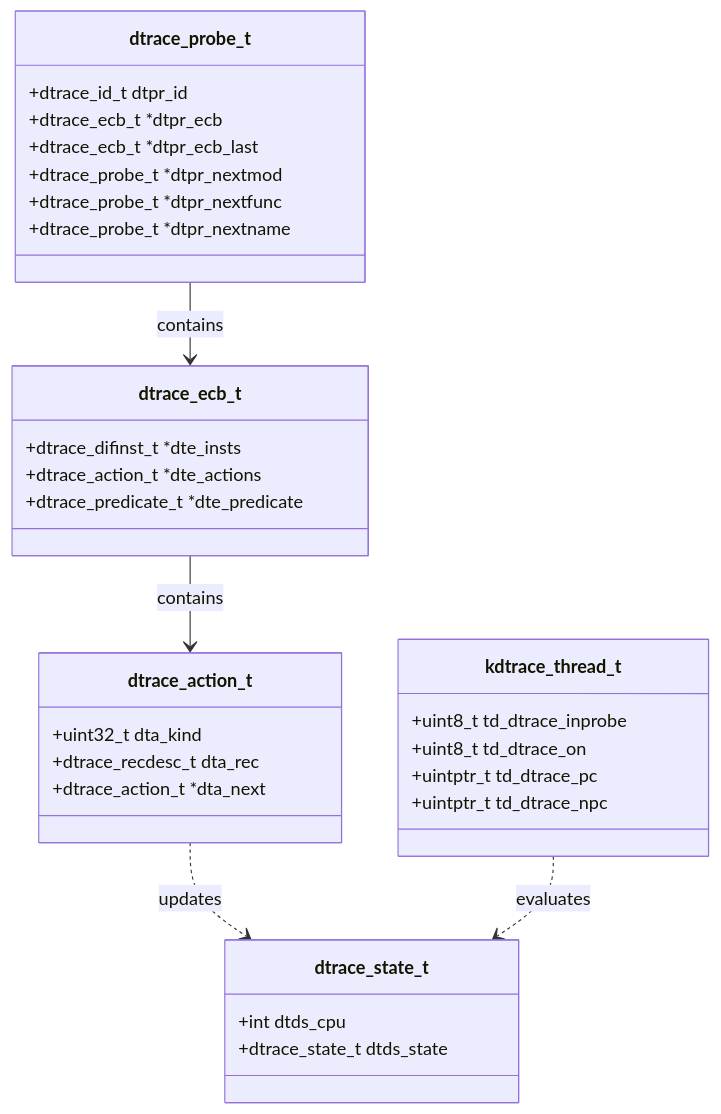
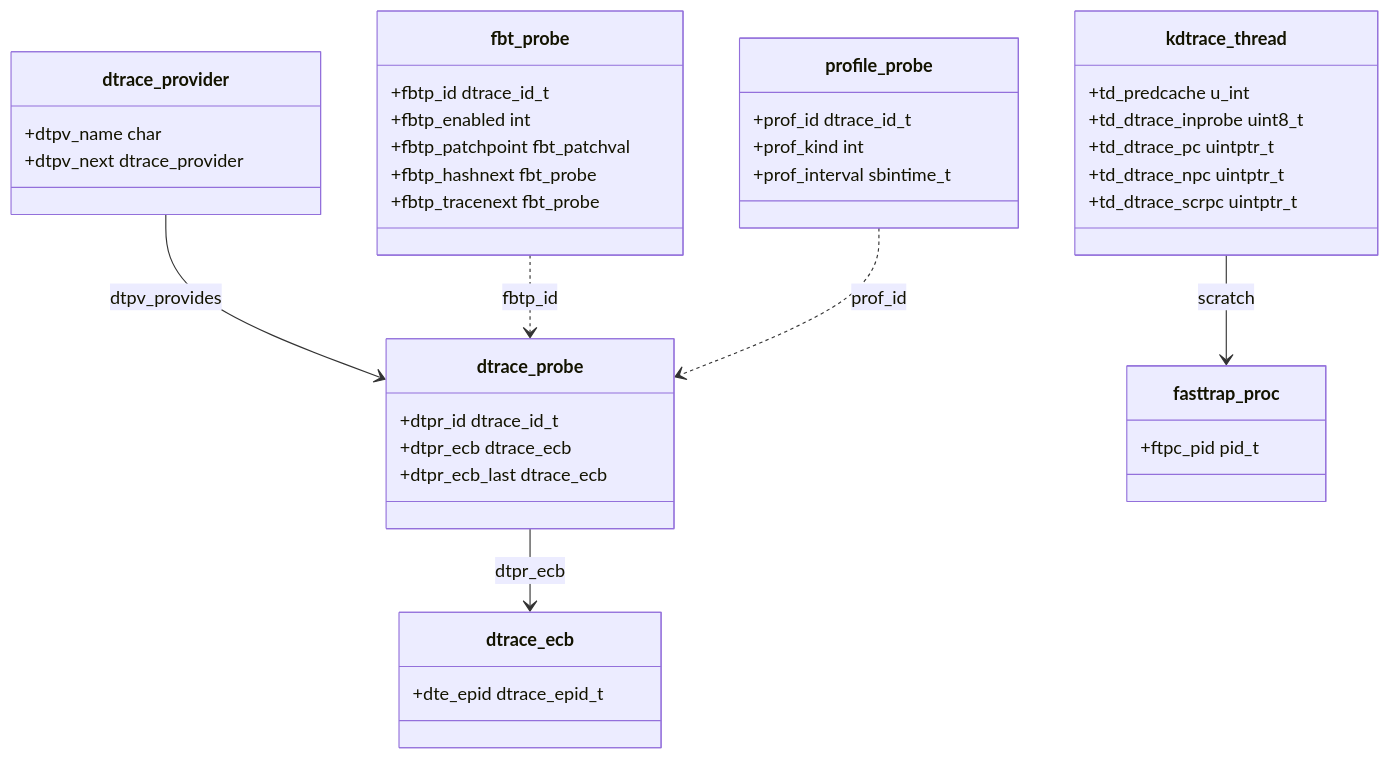
One commit to ocochard/freebsd-src changed the diagram in sys/cddl/dev/dtrace/README.md. Above: the diagram before and after it, drawn with Mermaid. The commit also changed other lines of this file and 40 other files, not shown here.

````diff
--- a/sys/cddl/dev/dtrace/README.md
+++ b/sys/cddl/dev/dtrace/README.md
@@ -111,40 +361,42 @@
 ```mermaid
 classDiagram
-    class dtrace_probe_t {
-        +dtrace_id_t dtpr_id
-        +dtrace_ecb_t *dtpr_ecb
-        +dtrace_ecb_t *dtpr_ecb_last
-        +dtrace_probe_t *dtpr_nextmod
-        +dtrace_probe_t *dtpr_nextfunc
-        +dtrace_probe_t *dtpr_nextname
-    }
-
-    class dtrace_ecb_t {
-        +dtrace_difinst_t *dte_insts
-        +dtrace_action_t *dte_actions
-        +dtrace_predicate_t *dte_predicate
-    }
-
-    class dtrace_action_t {
-        +uint32_t dta_kind
-        +dtrace_recdesc_t dta_rec
-        +dtrace_action_t *dta_next
-    }
-
-    class dtrace_state_t {
-        +int dtds_cpu
-        +dtrace_state_t dtds_state
-    }
-
-    class kdtrace_thread_t {
-        +uint8_t td_dtrace_inprobe
-        +uint8_t td_dtrace_on
-        +uintptr_t td_dtrace_pc
-        +uintptr_t td_dtrace_npc
-    }
-
-    dtrace_probe_t --> dtrace_ecb_t : contains
-    dtrace_ecb_t --> dtrace_action_t : contains
-    dtrace_action_t ..> dtrace_state_t : updates
-    kdtrace_thread_t ..> dtrace_state_t : evaluates
+  class dtrace_provider {
+    +dtpv_name char
+    +dtpv_next dtrace_provider
+  }
+  class dtrace_probe {
+    +dtpr_id dtrace_id_t
+    +dtpr_ecb dtrace_ecb
+    +dtpr_ecb_last dtrace_ecb
+  }
+  class dtrace_ecb {
+    +dte_epid dtrace_epid_t
+  }
+  class fbt_probe {
+    +fbtp_id dtrace_id_t
+    +fbtp_enabled int
+    +fbtp_patchpoint fbt_patchval
+    +fbtp_hashnext fbt_probe
+    +fbtp_tracenext fbt_probe
+  }
+  class profile_probe {
+    +prof_id dtrace_id_t
+    +prof_kind int
+    +prof_interval sbintime_t
+  }
+  class kdtrace_thread {
+    +td_predcache u_int
+    +td_dtrace_inprobe uint8_t
+    +td_dtrace_pc uintptr_t
+    +td_dtrace_npc uintptr_t
+    +td_dtrace_scrpc uintptr_t
+  }
+  class fasttrap_proc {
+    +ftpc_pid pid_t
+  }
+  dtrace_provider --> dtrace_probe : dtpv_provides
+  dtrace_probe --> dtrace_ecb : dtpr_ecb
+  fbt_probe ..> dtrace_probe : fbtp_id
+  profile_probe ..> dtrace_probe : prof_id
+  kdtrace_thread --> fasttrap_proc : scratch
 ```
````
